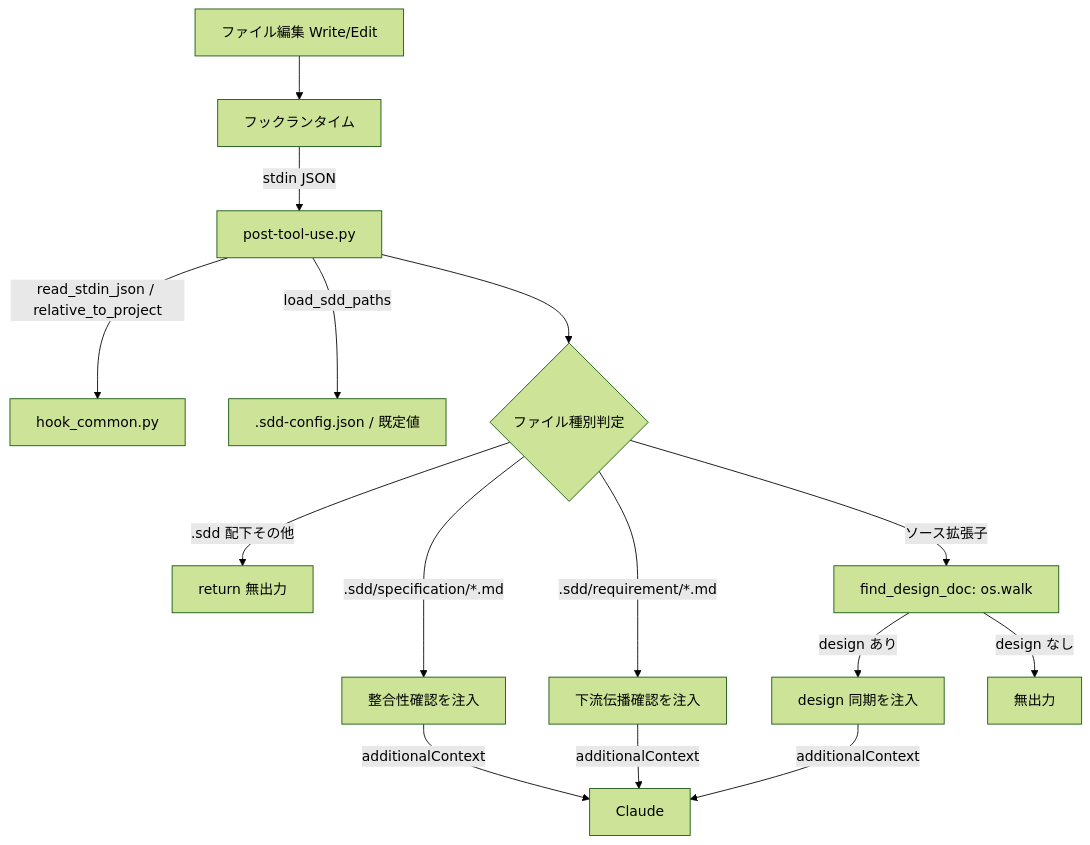
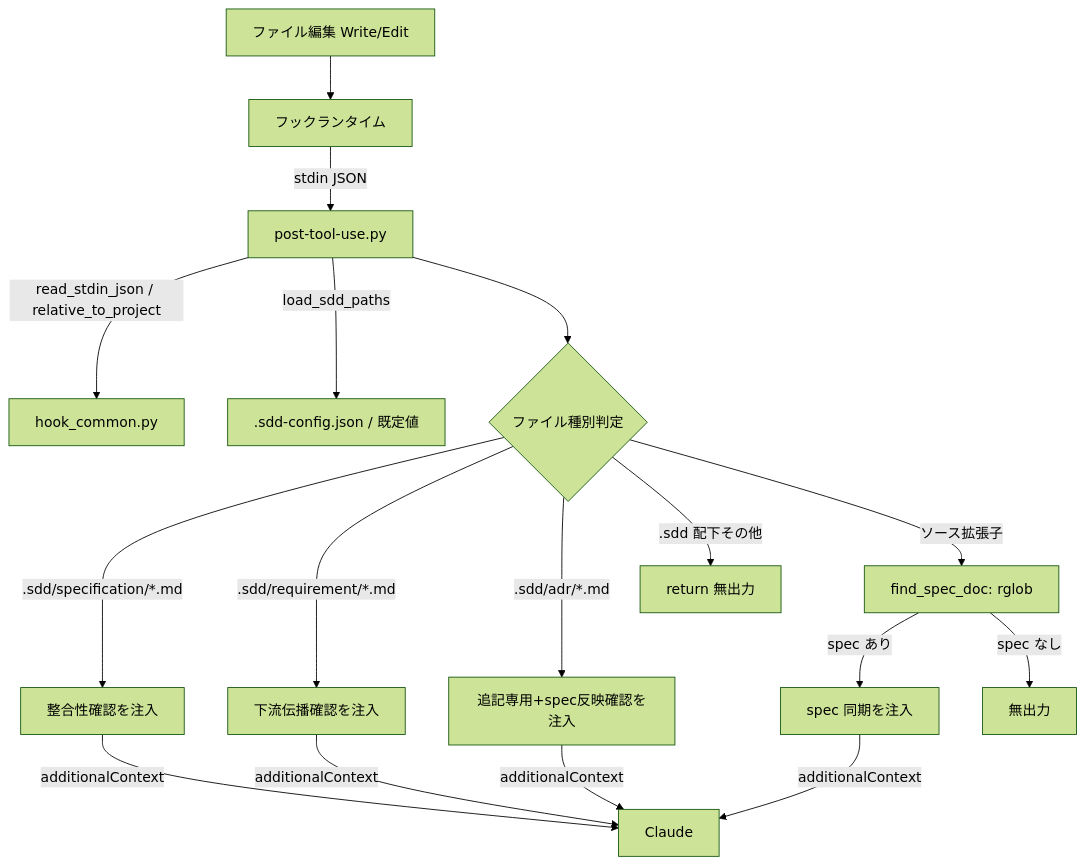
Before and after one commit to ToshikiImagawa/ai-sdd-workflow-dev: the diagram in .sdd/specification/quality-guardrails/stale-doc-detection_design.md, drawn with Mermaid (forest theme). The commit also changed other lines of this file and 35 other files, not shown here.

````diff
--- a/.sdd/specification/quality-guardrails/stale-doc-detection_design.md
+++ b/.sdd/specification/quality-guardrails/stale-doc-detection_design.md
@@ -70,15 +70,16 @@
 ```mermaid
 graph TD
     E[ファイル編集 Write/Edit] --> RT[フックランタイム]
     RT -->|stdin JSON| PTU[post-tool-use.py]
     PTU -->|read_stdin_json / relative_to_project| HC[hook_common.py]
     PTU -->|load_sdd_paths| CFG[.sdd-config.json / 既定値]
     PTU --> D{ファイル種別判定}
     D -->|.sdd/specification/*.md| C1[整合性確認を注入]
     D -->|.sdd/requirement/*.md| C2[下流伝播確認を注入]
+    D -->|.sdd/adr/*.md| C4[追記専用+spec反映確認を注入]
     D -->|.sdd 配下その他| S1[return 無出力]
-    D -->|ソース拡張子| W[find_design_doc: os.walk]
-    W -->|design あり| C3[design 同期を注入]
-    W -->|design なし| S2[無出力]
-    C1 & C2 & C3 -->|additionalContext| CL[Claude]
+    D -->|ソース拡張子| W[find_spec_doc: rglob]
+    W -->|spec あり| C3[spec 同期を注入]
+    W -->|spec なし| S2[無出力]
+    C1 & C2 & C3 & C4 -->|additionalContext| CL[Claude]
 ```
````
